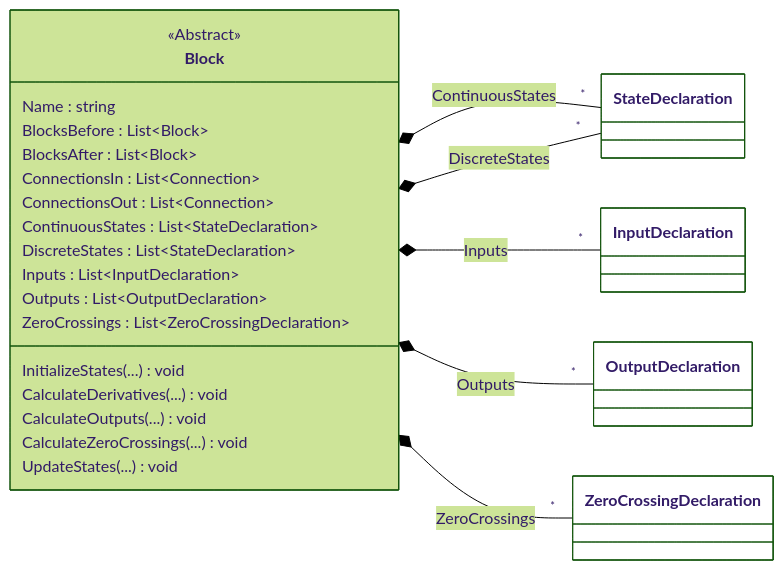
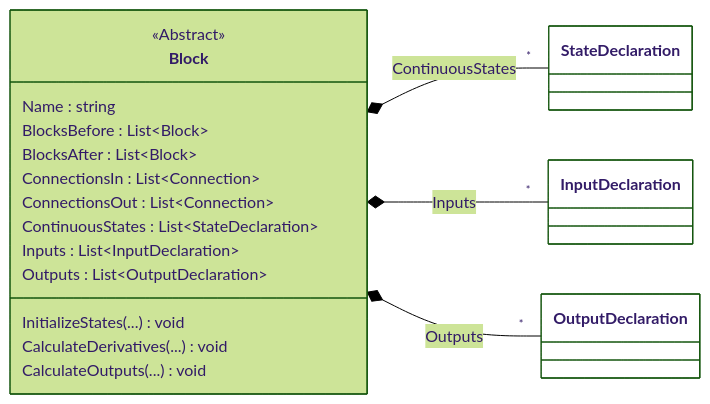
Before and after one commit to ghackenberg/kurs-computer-simulation: the diagram in Quellen/WS25/SFunctionContinuous/Block.mmd, drawn with Mermaid (forest theme). The commit also changed 22 other files, not shown here.

```diff
--- a/Quellen/WS25/SFunctionContinuous/Block.mmd
+++ b/Quellen/WS25/SFunctionContinuous/Block.mmd
@@ -1,45 +1,35 @@
 classDiagram
 
     direction LR
 
     class Block {
         <<Abstract>>
         Name : string
         BlocksBefore : List~Block~
         BlocksAfter : List~Block~
         ConnectionsIn : List~Connection~
         ConnectionsOut : List~Connection~
         ContinuousStates : List~StateDeclaration~
-        DiscreteStates : List~StateDeclaration~
         Inputs : List~InputDeclaration~
         Outputs : List~OutputDeclaration~
-        ZeroCrossings : List~ZeroCrossingDeclaration~
         InitializeStates(...) void
         CalculateDerivatives(...) void
         CalculateOutputs(...) void
-        CalculateZeroCrossings(...) void
-        UpdateStates(...) void
     }
 
     class StateDeclaration {
     }
 
     class InputDeclaration {
     }
 
     class OutputDeclaration {
     }
 
-    class ZeroCrossingDeclaration {
-    }
-
     Block *-- "*" StateDeclaration : ContinuousStates
-    Block *-- "*" StateDeclaration : DiscreteStates
     Block *-- "*" InputDeclaration : Inputs
     Block *-- "*" OutputDeclaration : Outputs
-    Block *-- "*" ZeroCrossingDeclaration : ZeroCrossings
 
     style StateDeclaration fill:white
     style InputDeclaration fill:white
     style OutputDeclaration fill:white
-    style ZeroCrossingDeclaration fill:white
```
